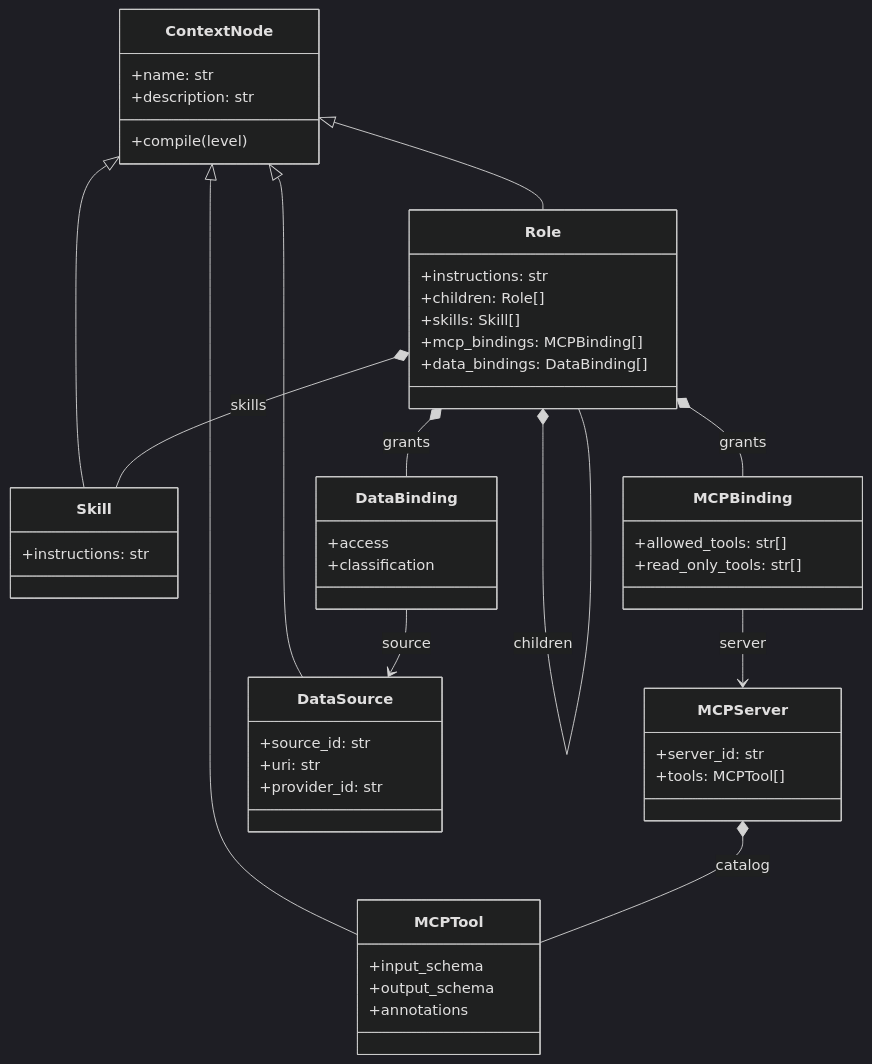
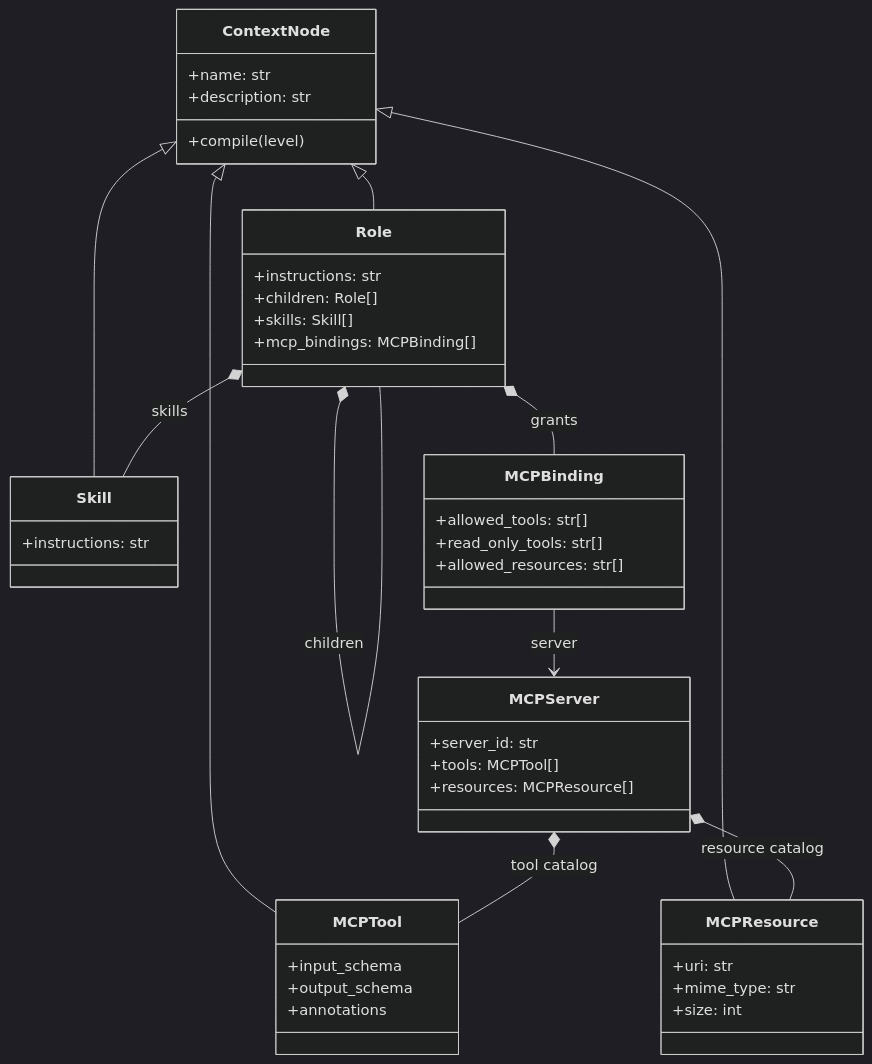
One commit to CarterShi01/Contexture changed the diagram in docs/01-role-object-model.md. Above: the diagram before and after it, drawn with Mermaid (dark theme). The commit also changed other lines of this file and 18 other files, not shown here.

First line of the commit message:
feat!: replace the Data abstraction with MCP Resources

````diff
--- a/docs/01-role-object-model.md
+++ b/docs/01-role-object-model.md
@@ -388,59 +452,54 @@
 ```mermaid
 classDiagram
     class ContextNode {
         +name: str
         +description: str
         +compile(level)
     }
 
     class Role {
         +instructions: str
         +children: Role[]
         +skills: Skill[]
         +mcp_bindings: MCPBinding[]
-        +data_bindings: DataBinding[]
     }
 
     class Skill {
         +instructions: str
     }
 
     class MCPTool {
         +input_schema
         +output_schema
         +annotations
     }
 
+    class MCPResource {
+        +uri: str
+        +mime_type: str
+        +size: int
+    }
+
     class MCPServer {
         +server_id: str
         +tools: MCPTool[]
+        +resources: MCPResource[]
     }
 
     class MCPBinding {
         +allowed_tools: str[]
         +read_only_tools: str[]
-    }
-
-    class DataSource {
-        +source_id: str
-        +uri: str
-        +provider_id: str
-    }
-
-    class DataBinding {
-        +access
-        +classification
+        +allowed_resources: str[]
     }
 
     ContextNode <|-- Role
     ContextNode <|-- Skill
     ContextNode <|-- MCPTool
-    ContextNode <|-- DataSource
+    ContextNode <|-- MCPResource
     Role *-- Role : children
     Role *-- Skill : skills
     Role *-- MCPBinding : grants
     MCPBinding --> MCPServer : server
-    MCPServer *-- MCPTool : catalog
-    Role *-- DataBinding : grants
-    DataBinding --> DataSource : source
+    MCPServer *-- MCPTool : tool catalog
+    MCPServer *-- MCPResource : resource catalog
 ```
````
